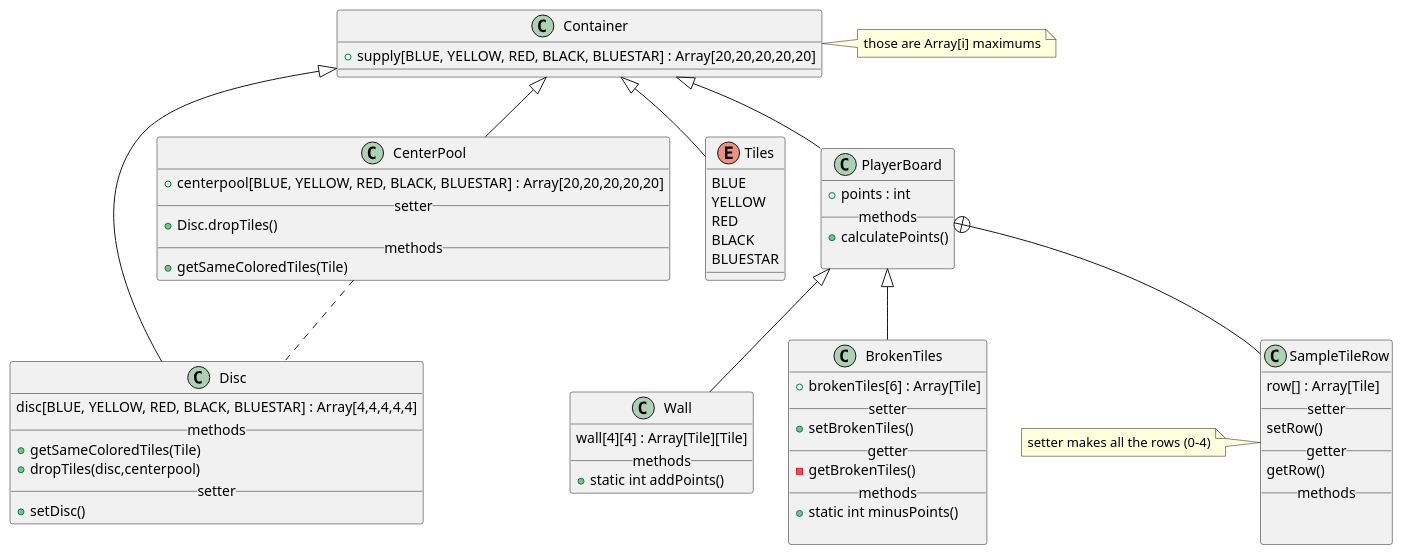
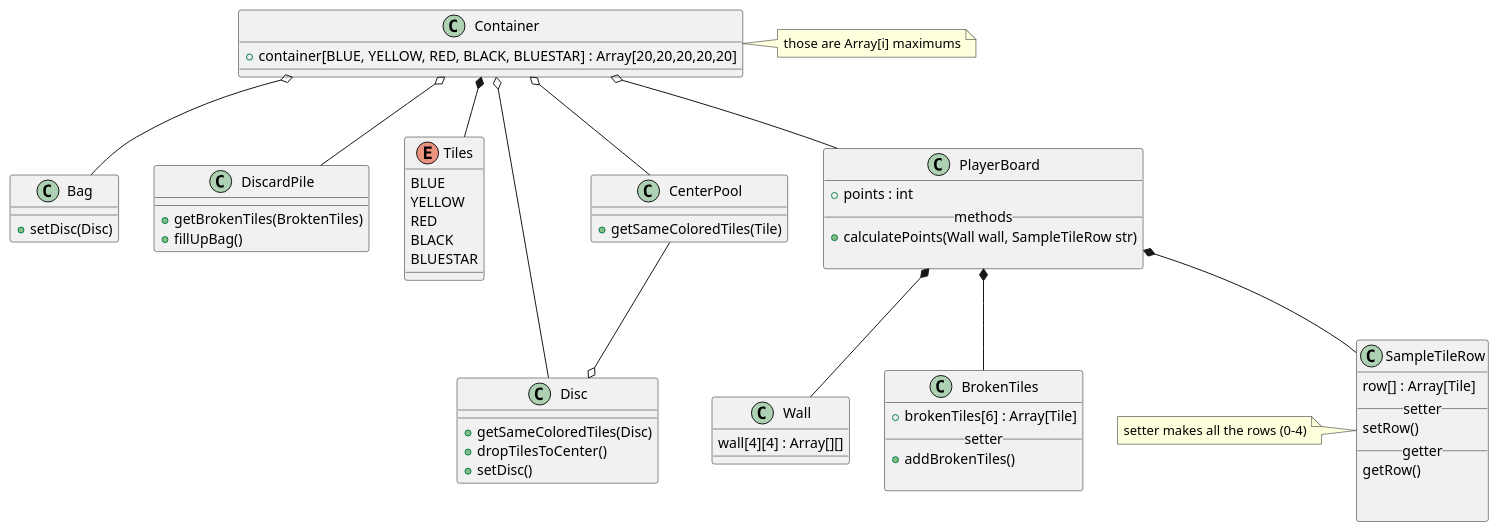
The diagram in doc/classdiagram.wsd (Uni-Sopron/szta-22t-azul-tileguys), drawn with PlantUML before and after one commit.

Commit message:
Container extended and methods prepared

```diff
--- a/doc/classdiagram.wsd
+++ b/doc/classdiagram.wsd
@@ -1,77 +1,76 @@
 @startuml Azul classes
 class Container{
-    + supply[BLUE, YELLOW, RED, BLACK, BLUESTAR] : Array[20,20,20,20,20]
+    + container[BLUE, YELLOW, RED, BLACK, BLUESTAR] : Array[20,20,20,20,20]
     
 
 }
 note right: those are Array[i] maximums
+Container o-- Bag
+class Bag{
+    + setDisc(Disc)
 
-Container <|-- Disc
-class Disc{
-    disc[BLUE, YELLOW, RED, BLACK, BLUESTAR] : Array[4,4,4,4,4]
-    __methods__
-    + getSameColoredTiles(Tile)
-    + dropTiles(disc,centerpool)
-    __setter__
-    + setDisc()
-}
-Container <|-- CenterPool
-CenterPool .. Disc
-class CenterPool{
-    + centerpool[BLUE, YELLOW, RED, BLACK, BLUESTAR] : Array[20,20,20,20,20]
-    __setter__
-    + Disc.dropTiles()
-    __methods__
-    + getSameColoredTiles(Tile)
 }
 
-Container <|--Tiles
+Container o-- DiscardPile
+class DiscardPile{
+    + getBrokenTiles(BroktenTiles)
+    + fillUpBag()
+}
+
+Container *--Tiles
 enum Tiles{
     BLUE
     YELLOW
     RED
     BLACK
     BLUESTAR
 }
 
-Container <|-- PlayerBoard
+Container o-- Disc
+class Disc{
+    + getSameColoredTiles(Disc)
+    + dropTilesToCenter()
+    + setDisc()
+}
+Container o-- CenterPool
+CenterPool --o Disc
+class CenterPool{
+    + getSameColoredTiles(Tile)
+}
+
+
+
+Container o-- PlayerBoard
 class PlayerBoard{
     + points : int
     __methods__
-    + calculatePoints()
+    + calculatePoints(Wall wall, SampleTileRow str)
 
 }
 
-PlayerBoard +-- SampleTileRow
+PlayerBoard *-- SampleTileRow
 class SampleTileRow{
     row[] : Array[Tile]
     __setter__
     setRow()
     __getter__
     getRow()
-    __methods__
 
 
 }
 note left: setter makes all the rows (0-4)
 
-PlayerBoard <|-- Wall
+PlayerBoard *-- Wall
 class Wall{
-    wall[4][4] : Array[Tile][Tile]
-    __methods__
-    + static int addPoints()
+    wall[4][4] : Array[][]
 }
 
-PlayerBoard <|-- BrokenTiles
+PlayerBoard *-- BrokenTiles
 class BrokenTiles{
     + brokenTiles[6] : Array[Tile]
     __setter__
-    + setBrokenTiles()
-    __getter__
-    - getBrokenTiles()
-    __methods__
-     + static int minusPoints()
+    + addBrokenTiles()
 
 }
 
 @enduml
```
